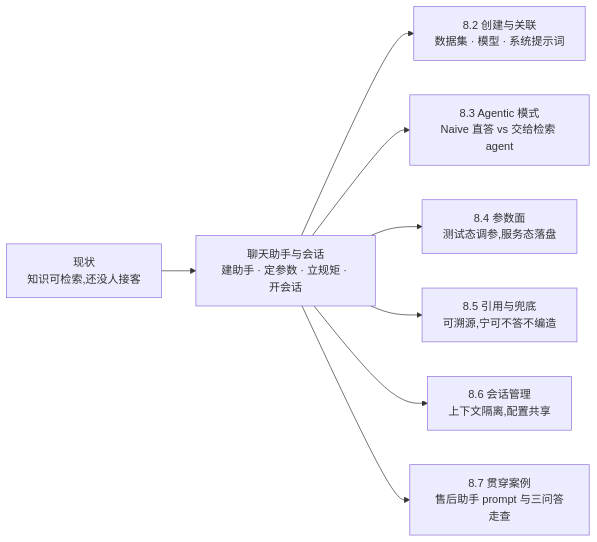
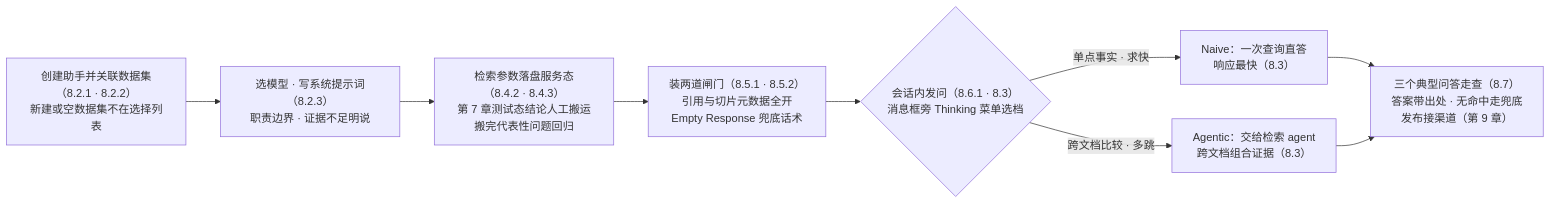
The first of 2 diagrams in books/ragflow/chapters/08-chat-assistant.md (ybak/ai-tutorial), drawn with Mermaid before and after one commit. The commit also changed other lines of this file and 12 other files, not shown here.

First line of the commit message:
docs(ragflow): 章首图升级为操作流程图——第 3 章试点后全书推广,写作指南双图式修订

````diff
--- a/books/ragflow/chapters/08-chat-assistant.md
+++ b/books/ragflow/chapters/08-chat-assistant.md
@@ -11,10 +11,11 @@
 ```mermaid
 flowchart LR
-    A["现状<br/>知识可检索,还没人接客"] --> B["聊天助手与会话<br/>建助手 · 定参数 · 立规矩 · 开会话"]
-    B --> C["8.2 创建与关联<br/>数据集 · 模型 · 系统提示词"]
-    B --> D["8.3 Agentic 模式<br/>Naive 直答 vs 交给检索 agent"]
-    B --> E["8.4 参数面<br/>测试态调参,服务态落盘"]
-    B --> F["8.5 引用与兜底<br/>可溯源,宁可不答不编造"]
-    B --> G["8.6 会话管理<br/>上下文隔离,配置共享"]
-    B --> H["8.7 贯穿案例<br/>售后助手 prompt 与三问答走查"]
+    A["创建助手并关联数据集（8.2.1 · 8.2.2）<br/>新建或空数据集不在选择列表"] --> B["选模型 · 写系统提示词（8.2.3）<br/>职责边界 · 证据不足明说"]
+    B --> C["检索参数落盘服务态（8.4.2 · 8.4.3）<br/>第 7 章测试态结论人工搬运<br/>搬完代表性问题回归"]
+    C --> D["装两道闸门（8.5.1 · 8.5.2）<br/>引用与切片元数据全开<br/>Empty Response 兜底话术"]
+    D --> E{"会话内发问（8.6.1 · 8.3）<br/>消息框旁 Thinking 菜单选档"}
+    E -->|"单点事实 · 求快"| F["Naive：一次查询直答<br/>响应最快（8.3）"]
+    E -->|"跨文档比较 · 多跳"| G["Agentic：交给检索 agent<br/>跨文档组合证据（8.3）"]
+    F --> H["三个典型问答走查（8.7）<br/>答案带出处 · 无命中走兜底<br/>发布接渠道（第 9 章）"]
+    G --> H
 ```
````
